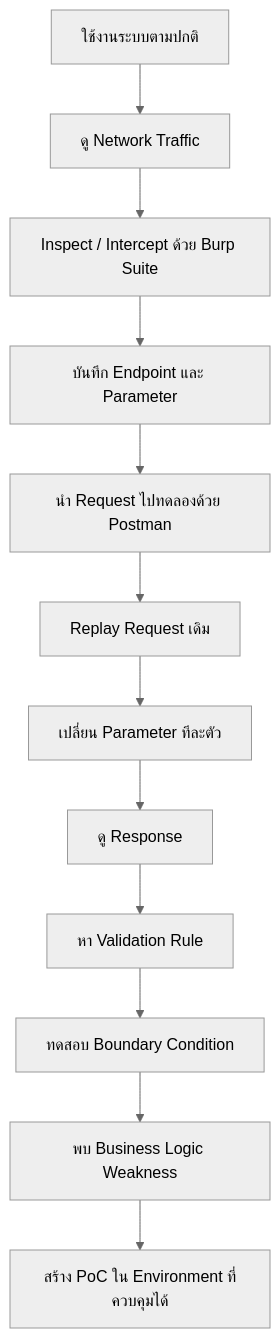
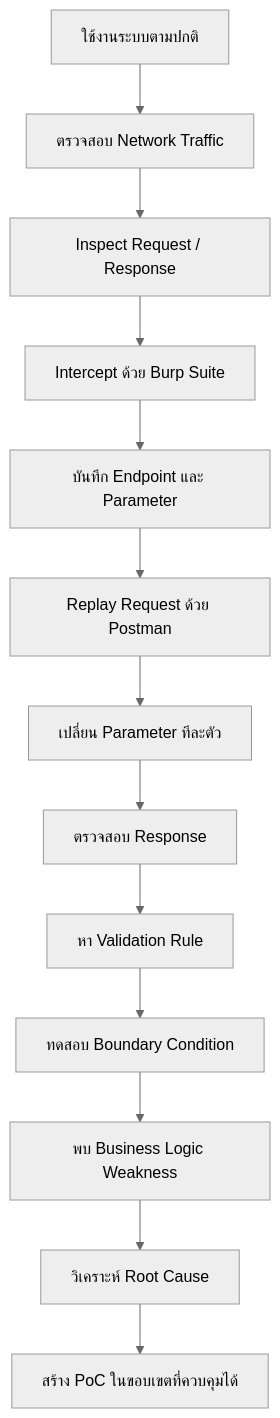
Before and after one commit to ntdotjsx/ovec-bypass: the first of 4 diagrams in README.md, drawn with Mermaid (neutral theme). The commit also changed other lines of this file, not shown here.

````diff
--- a/README.md
+++ b/README.md
@@ -145,26 +143,28 @@
 ```mermaid
 flowchart TD
 
     A[ใช้งานระบบตามปกติ]
-    --> B[ดู Network Traffic]
+    --> B[ตรวจสอบ Network Traffic]
 
-    B --> C[Inspect / Intercept ด้วย Burp Suite]
+    B --> C[Inspect Request / Response]
 
-    C --> D[บันทึก Endpoint และ Parameter]
+    C --> D[Intercept ด้วย Burp Suite]
 
-    D --> E[นำ Request ไปทดลองด้วย Postman]
+    D --> E[บันทึก Endpoint และ Parameter]
 
-    E --> F[Replay Request เดิม]
+    E --> F[Replay Request ด้วย Postman]
 
     F --> G[เปลี่ยน Parameter ทีละตัว]
 
-    G --> H[ดู Response]
+    G --> H[ตรวจสอบ Response]
 
     H --> I[หา Validation Rule]
 
     I --> J[ทดสอบ Boundary Condition]
 
     J --> K[พบ Business Logic Weakness]
 
-    K --> L[สร้าง PoC ใน Environment ที่ควบคุมได้]
+    K --> L[วิเคราะห์ Root Cause]
+
+    L --> M[สร้าง PoC ในขอบเขตที่ควบคุมได้]
 ```
````
